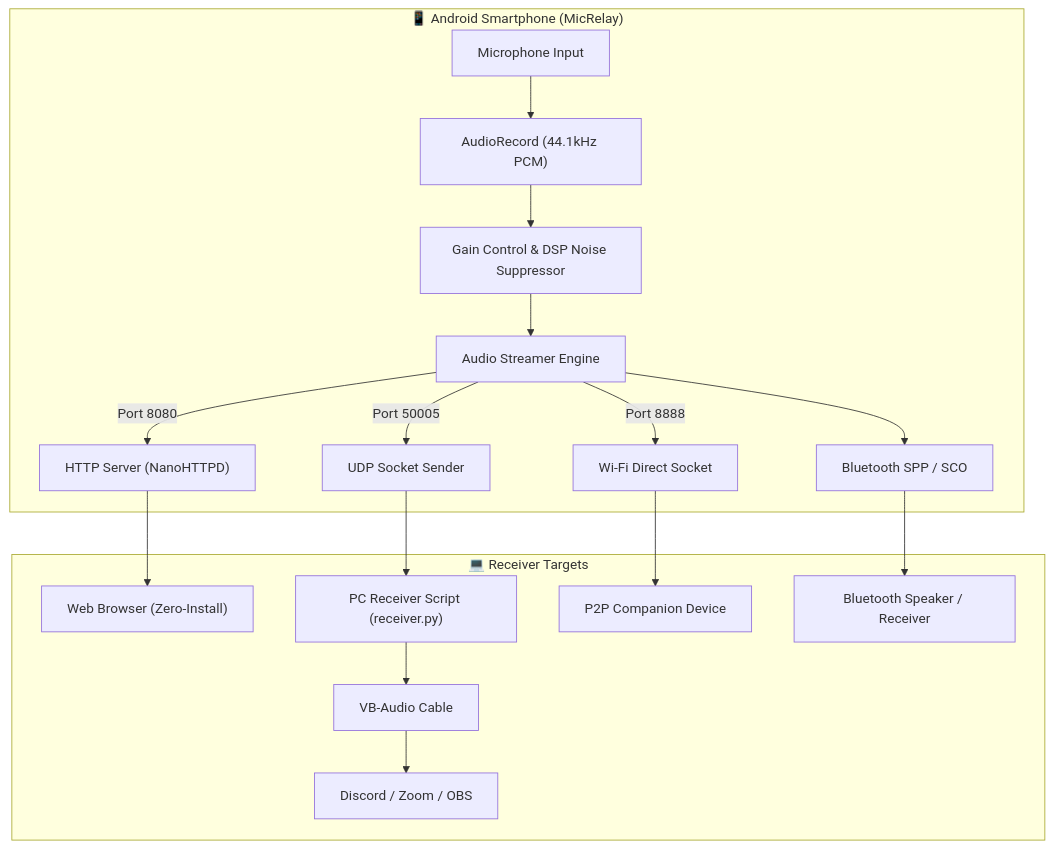
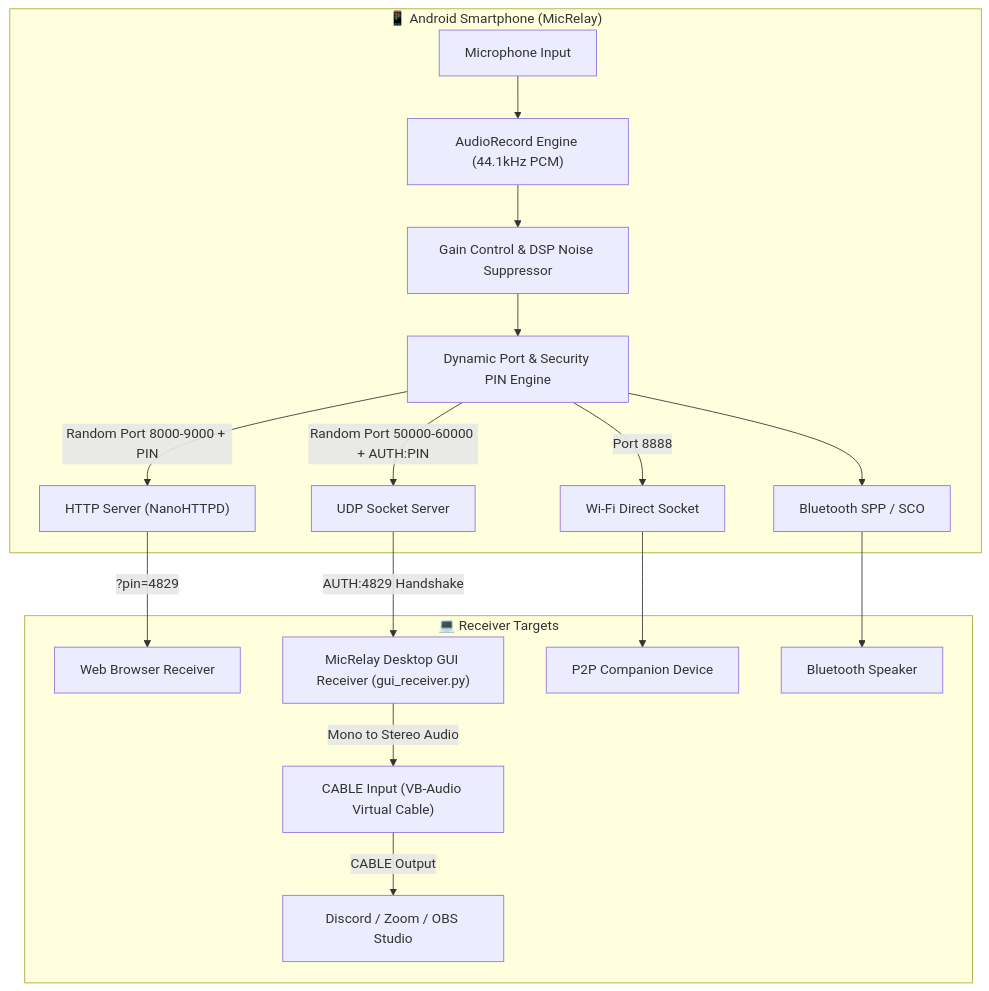
Before and after one commit to hawlzz/MicRelay: the diagram in README.md, drawn with Mermaid. The commit also changed other lines of this file, not shown here.

Commit message:
Update README.md with recent features, dynamic ports, PIN security, desktop GUI receiver, and Discord guide

````diff
--- a/README.md
+++ b/README.md
@@ -29,22 +30,22 @@
 ```mermaid
 flowchart TD
     subgraph Android Phone ["📱 Android Smartphone (MicRelay)"]
-        Mic["Microphone Input"] --> AudioRecord["AudioRecord (44.1kHz PCM)"]
+        Mic["Microphone Input"] --> AudioRecord["AudioRecord Engine (44.1kHz PCM)"]
         AudioRecord --> DSP["Gain Control & DSP Noise Suppressor"]
-        DSP --> Streamer["Audio Streamer Engine"]
+        DSP --> SecEngine["Dynamic Port & Security PIN Engine"]
         
-        Streamer -->|Port 8080| HTTP["HTTP Server (NanoHTTPD)"]
-        Streamer -->|Port 50005| UDP["UDP Socket Sender"]
-        Streamer -->|Port 8888| P2P["Wi-Fi Direct Socket"]
-        Streamer --> BT["Bluetooth SPP / SCO"]
+        SecEngine -->|Random Port 8000-9000 + PIN| HTTP["HTTP Server (NanoHTTPD)"]
+        SecEngine -->|Random Port 50000-60000 + AUTH:PIN| UDP["UDP Socket Server"]
+        SecEngine -->|Port 8888| P2P["Wi-Fi Direct Socket"]
+        SecEngine --> BT["Bluetooth SPP / SCO"]
     end
 
     subgraph Receivers ["💻 Receiver Targets"]
-        HTTP --> Browser["Web Browser (Zero-Install)"]
-        UDP --> PC["PC Receiver Script (receiver.py)"]
-        PC --> VAC["VB-Audio Cable"]
-        VAC --> Discord["Discord / Zoom / OBS"]
+        HTTP -->|?pin=4829| Browser["Web Browser Receiver"]
+        UDP -->|AUTH:4829 Handshake| GUIRec["MicRelay Desktop GUI Receiver (gui_receiver.py)"]
+        GUIRec -->|Mono to Stereo Audio| VAC["CABLE Input (VB-Audio Virtual Cable)"]
+        VAC -->|CABLE Output| Discord["Discord / Zoom / OBS Studio"]
         P2P --> Peer["P2P Companion Device"]
-        BT --> BTSpeaker["Bluetooth Speaker / Receiver"]
+        BT --> BTSpeaker["Bluetooth Speaker"]
     end
 ```
````
